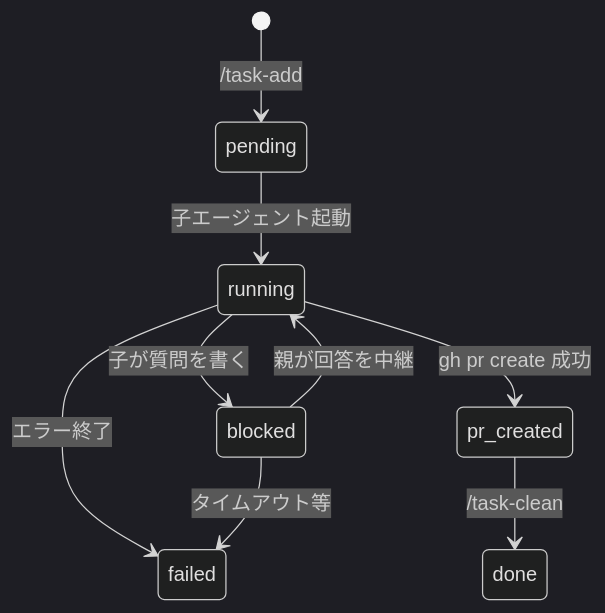
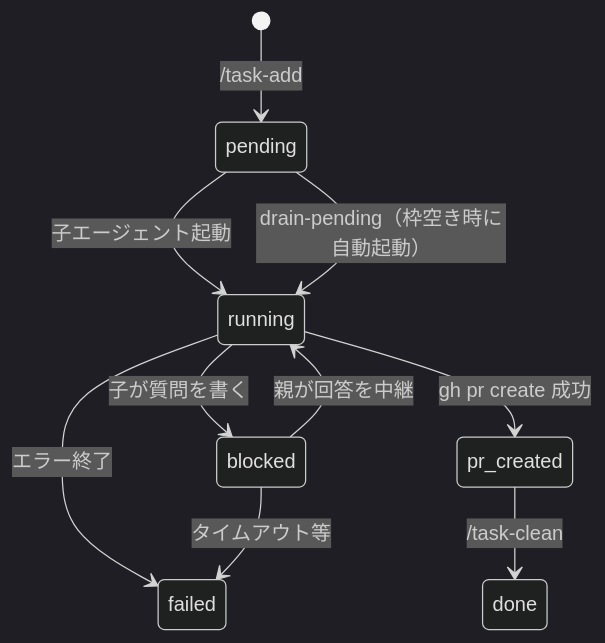
Before and after one commit to retocrooman/cursor-power: the second of 12 diagrams in DESIGN.md, drawn with Mermaid (dark theme). The commit also changed other lines of this file and 5 other files, not shown here.

First line of the commit message:
feat(drain-pending): auto-start pending tasks when concurrency slots free up

````diff
--- a/DESIGN.md
+++ b/DESIGN.md
@@ -143,11 +144,12 @@
 ```mermaid
 stateDiagram-v2
   [*] --> pending: /task-add
   pending --> running: 子エージェント起動
+  pending --> running: drain-pending（枠空き時に自動起動）
   running --> blocked: 子が質問を書く
   blocked --> running: 親が回答を中継
   running --> pr_created: gh pr create 成功
   pr_created --> done: /task-clean
   running --> failed: エラー終了
   blocked --> failed: タイムアウト等
 ```
````
